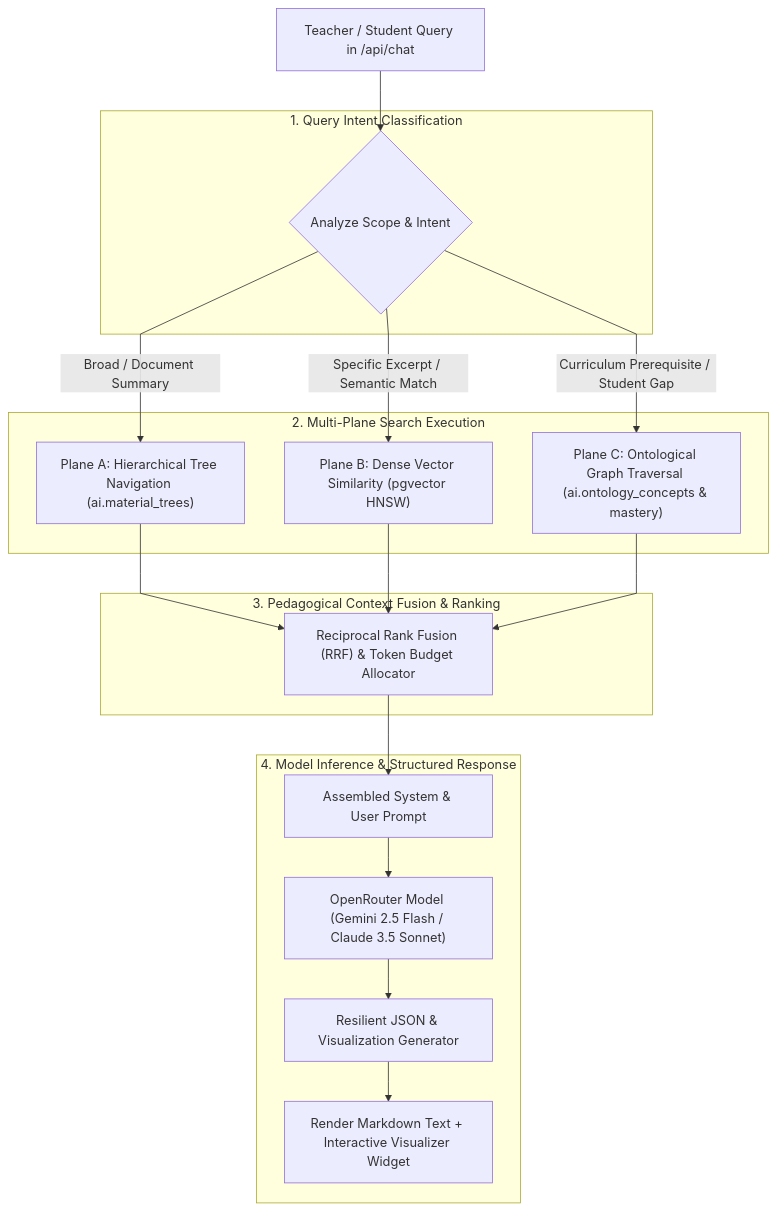
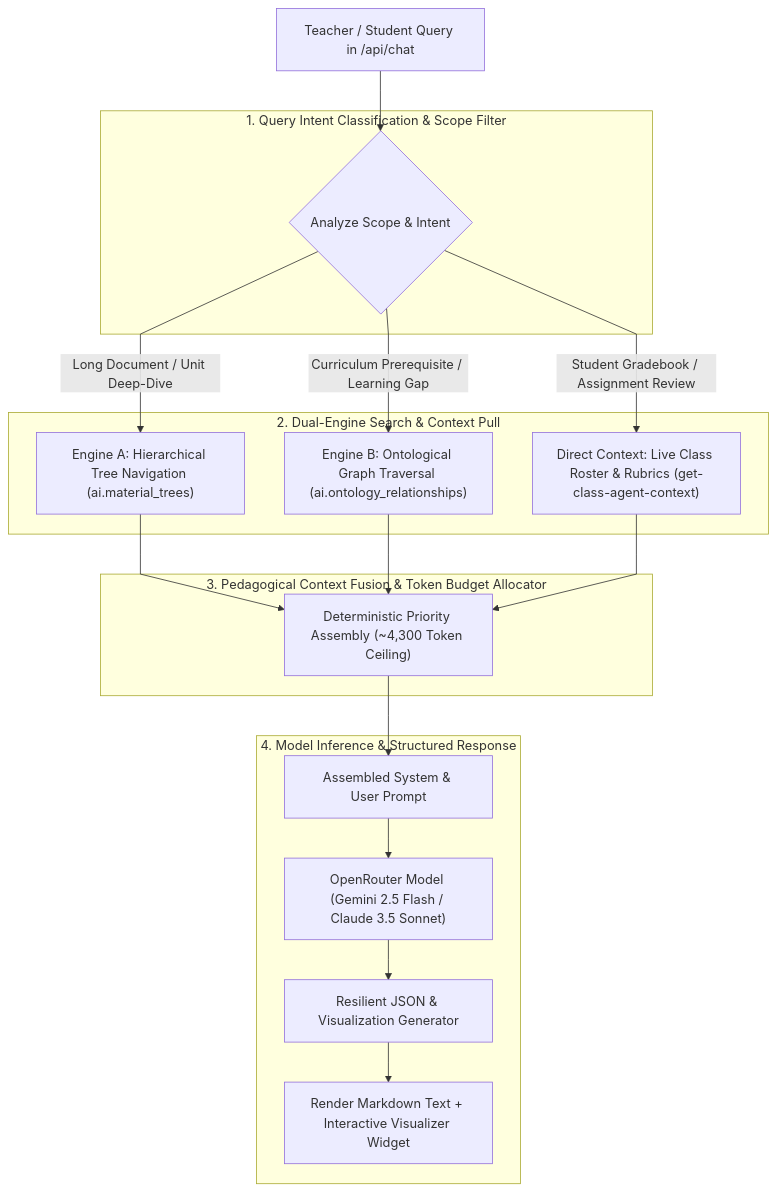
Before and after one commit to VictorBravo9er/Teacher-Assistant-Workspace: the diagram in knowledge_store/retrieval_and_rag.md, drawn with Mermaid. The commit also changed other lines of this file and 6 other files, not shown here.

Commit message:
docs(knowledge-store): refine lean dual-engine retrieval and update directory documentation

````diff
--- a/knowledge_store/retrieval_and_rag.md
+++ b/knowledge_store/retrieval_and_rag.md
@@ -11,40 +11,40 @@
 ```mermaid
 %%{init: {'flowchart': {'curve': 'linear'}}}%%
 flowchart TD
     UserQuery["Teacher / Student Query in /api/chat"]
 
-    subgraph QueryClassifier["1. Query Intent Classification"]
+    subgraph QueryClassifier["1. Query Intent Classification & Scope Filter"]
         IntentRouter{"Analyze Scope & Intent"}
     end
 
-    subgraph SearchPlanes["2. Multi-Plane Search Execution"]
-        TreeSearch["Plane A: Hierarchical Tree Navigation (ai.material_trees)"]
-        VectorSearch["Plane B: Dense Vector Similarity (pgvector HNSW)"]
-        GraphSearch["Plane C: Ontological Graph Traversal (ai.ontology_concepts & mastery)"]
+    subgraph SearchEngines["2. Dual-Engine Search & Context Pull"]
+        TreeSearch["Engine A: Hierarchical Tree Navigation (ai.material_trees)"]
+        GraphSearch["Engine B: Ontological Graph Traversal (ai.ontology_relationships)"]
+        RosterContext["Direct Context: Live Class Roster & Rubrics (get-class-agent-context)"]
     end
 
-    subgraph ContextFusion["3. Pedagogical Context Fusion & Ranking"]
-        FusionEngine["Reciprocal Rank Fusion (RRF) & Token Budget Allocator"]
+    subgraph ContextFusion["3. Pedagogical Context Fusion & Token Budget Allocator"]
+        FusionEngine["Deterministic Priority Assembly (~4,300 Token Ceiling)"]
     end
 
     subgraph AssistantInference["4. Model Inference & Structured Response"]
         PromptBuilder["Assembled System & User Prompt"]
         LLM["OpenRouter Model (Gemini 2.5 Flash / Claude 3.5 Sonnet)"]
         Parser["Resilient JSON & Visualization Generator"]
         UI["Render Markdown Text + Interactive Visualizer Widget"]
     end
 
     UserQuery --> IntentRouter
-    IntentRouter -->|Broad / Document Summary| TreeSearch
-    IntentRouter -->|Specific Excerpt / Semantic Match| VectorSearch
-    IntentRouter -->|Curriculum Prerequisite / Student Gap| GraphSearch
+    IntentRouter -->|Long Document / Unit Deep-Dive| TreeSearch
+    IntentRouter -->|Curriculum Prerequisite / Learning Gap| GraphSearch
+    IntentRouter -->|Student Gradebook / Assignment Review| RosterContext
 
     TreeSearch --> FusionEngine
-    VectorSearch --> FusionEngine
     GraphSearch --> FusionEngine
+    RosterContext --> FusionEngine
 
     FusionEngine --> PromptBuilder
     PromptBuilder --> LLM
     LLM --> Parser
     Parser --> UI
 ```
````
